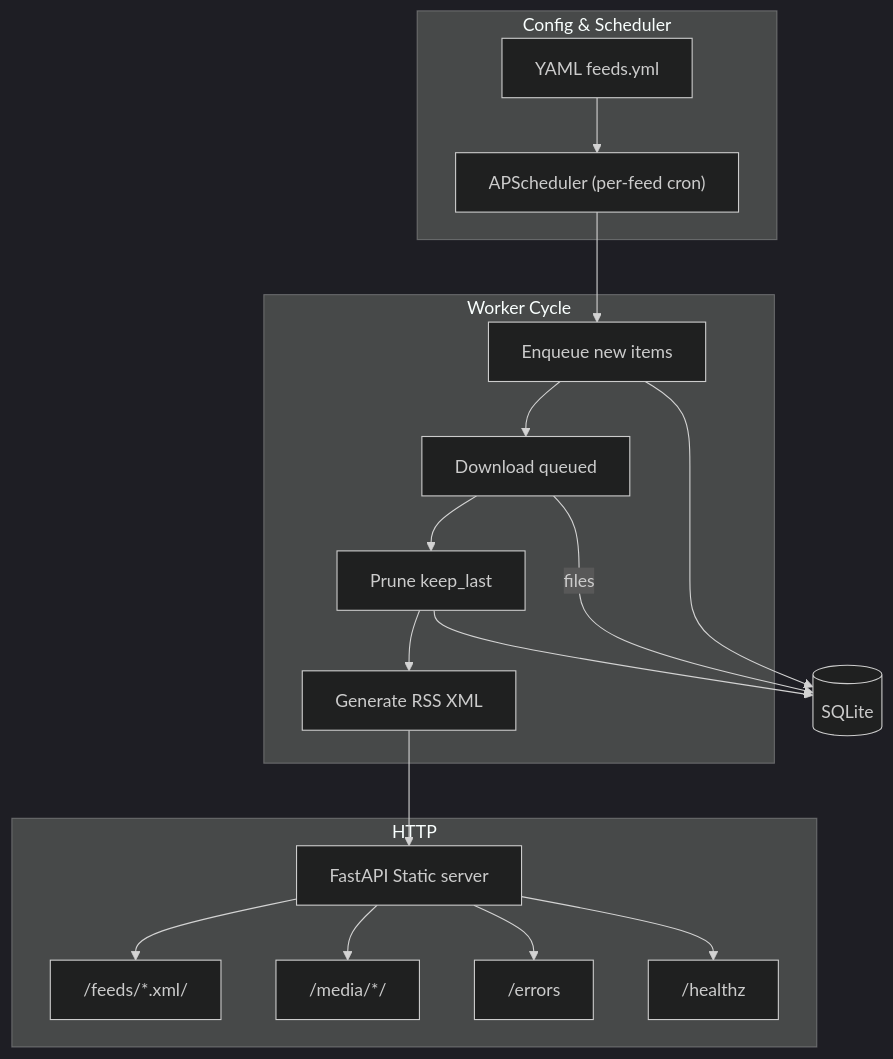
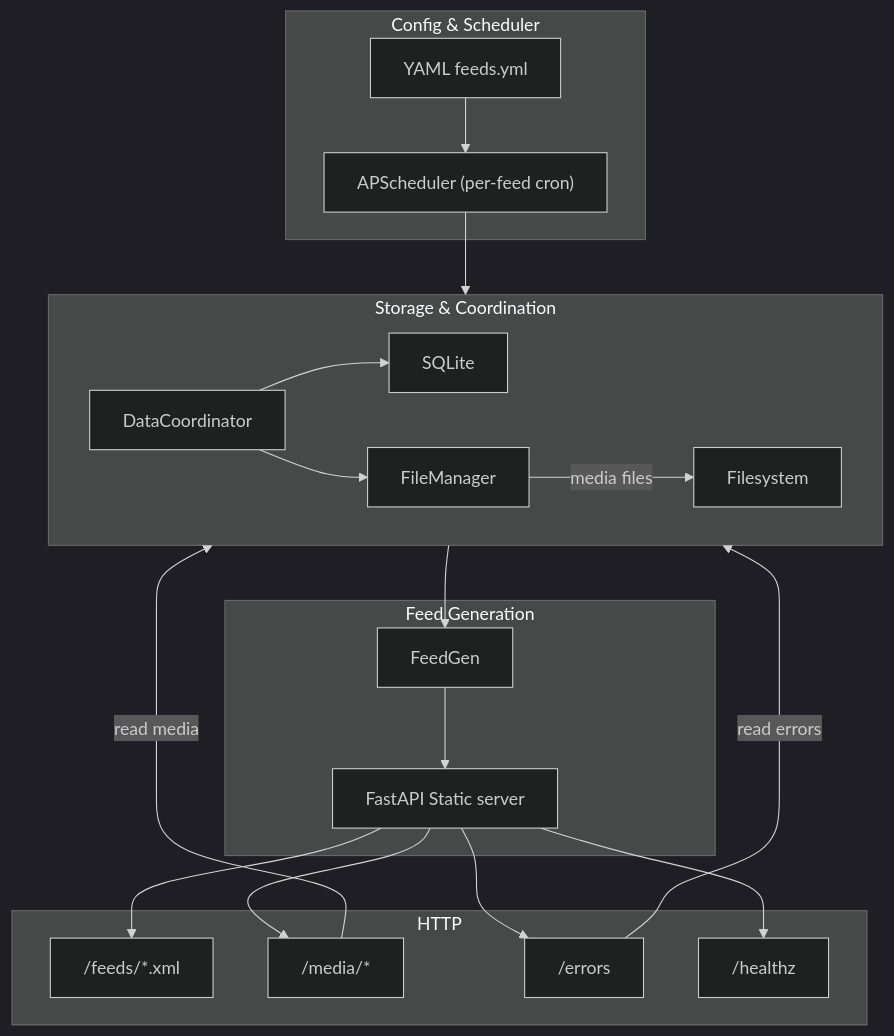
The first of 2 diagrams in DESIGN_DOC.md (thurstonsand/anypod), drawn with Mermaid (dark theme) before and after one commit. The commit also changed other lines of this file and 11 other files, not shown here.

````diff
--- a/DESIGN_DOC.md
+++ b/DESIGN_DOC.md
@@ -21,27 +21,40 @@
 ```mermaid
 graph TD
+  %% ─────── Config & Scheduling ───────
   subgraph Config & Scheduler
-    A["YAML feeds.yml"]
+    A[YAML feeds.yml]
     B["APScheduler (per-feed cron)"]
     A --> B
   end
 
-  subgraph Worker Cycle
-    B --> C["Enqueue new items"]
-    C --> D["Download queued"]
-    D --> E["Prune keep_last"]
-    E --> F["Generate RSS XML"]
+  B --> DC
+
+  %% ─────── Storage & Coordination ───────
+  subgraph Storage & Coordination
+    direction LR
+    DC[DataCoordinator]
+    DB[SQLite]
+    FM[FileManager]
+    DC --> DB
+    DC --> FM
+    FM -- media files --> Disk[Filesystem]
   end
 
-  F --> G["FastAPI Static server"]
-  D -->|files| H[(SQLite)]
-  C --> H
-  E --> H
+  %% ─────── Feed Generation ───────
+  subgraph Feed Generation
+    DC --> FG[FeedGen]
+    FG --> G[FastAPI Static server]
+  end
 
+  %% ─────── HTTP ───────
   subgraph HTTP
-    G --> I["/feeds/*.xml/"]
-    G --> J["/media/*/"]
+    G --> I["/feeds/*.xml"]
+    G --> J["/media/*"]
     G --> K["/errors"]
     G --> L["/healthz"]
   end
+
+  %% Runtime look-ups back to storage via coordinator
+  J -- read media --> DC
+  K -- read errors --> DC
 ```
````
